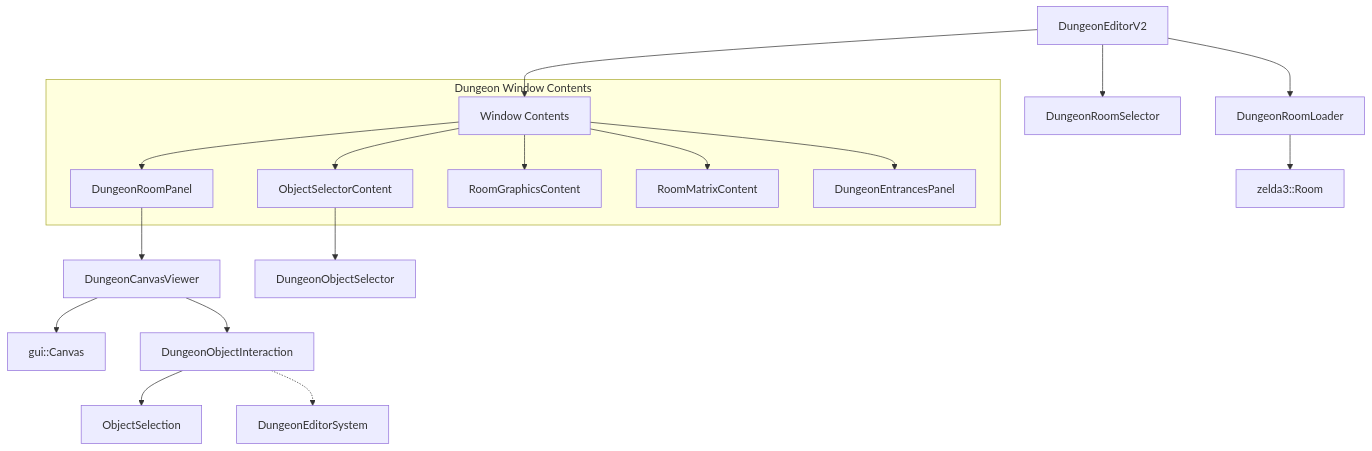
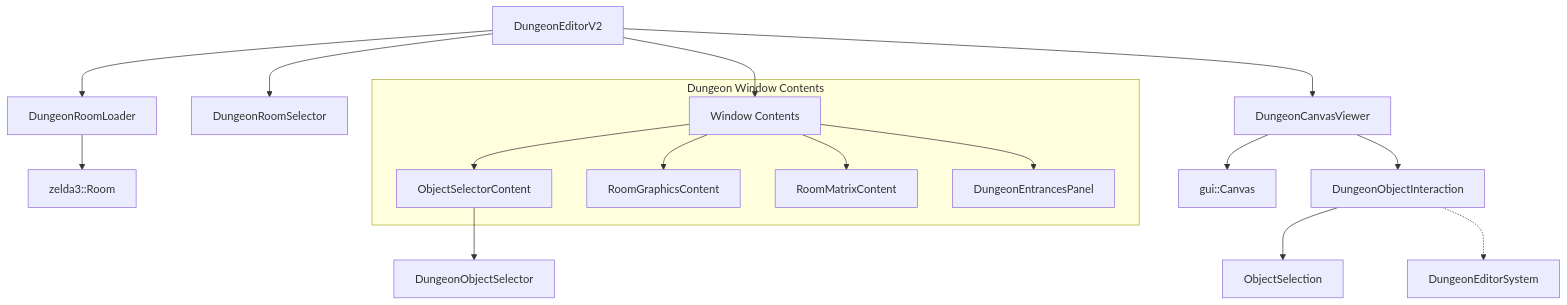
One commit to scawful/yaze changed the diagram in src/app/editor/dungeon/README.md. Above: the diagram before and after it, drawn with Mermaid. The commit also changed other lines of this file and 45 other files, not shown here.

````diff
--- a/src/app/editor/dungeon/README.md
+++ b/src/app/editor/dungeon/README.md
@@ -9,25 +9,24 @@
 ```mermaid
 graph TD
     Editor[DungeonEditorV2] --> Loader[DungeonRoomLoader]
     Editor --> Selector[DungeonRoomSelector]
     Editor --> Contents[Window Contents]
 
     subgraph "Dungeon Window Contents"
-        Contents --> RoomPanel[DungeonRoomPanel]
         Contents --> SelectorContent[ObjectSelectorContent]
         Contents --> GraphicsContent[RoomGraphicsContent]
         Contents --> MatrixContent[RoomMatrixContent]
         Contents --> EntranceContent[DungeonEntrancesPanel]
     end
 
-    RoomPanel --> Viewer[DungeonCanvasViewer]
+    Editor --> Viewer[DungeonCanvasViewer]
     Viewer --> Canvas[gui::Canvas]
     Viewer --> Interaction[DungeonObjectInteraction]
 
     Interaction --> Selection[ObjectSelection]
     Interaction -.-> System[DungeonEditorSystem]
 
     SelectorContent --> ObjSelector[DungeonObjectSelector]
 
     Loader --> RomData[zelda3::Room]
 ```
````
